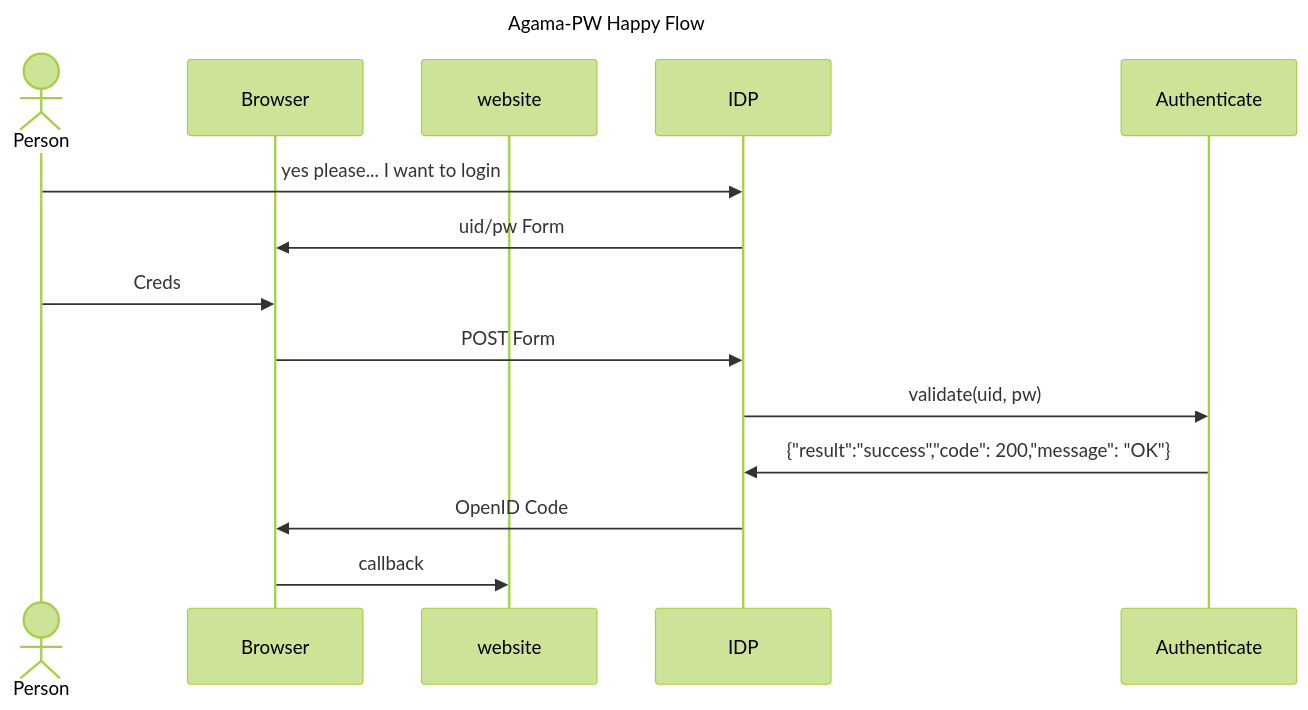
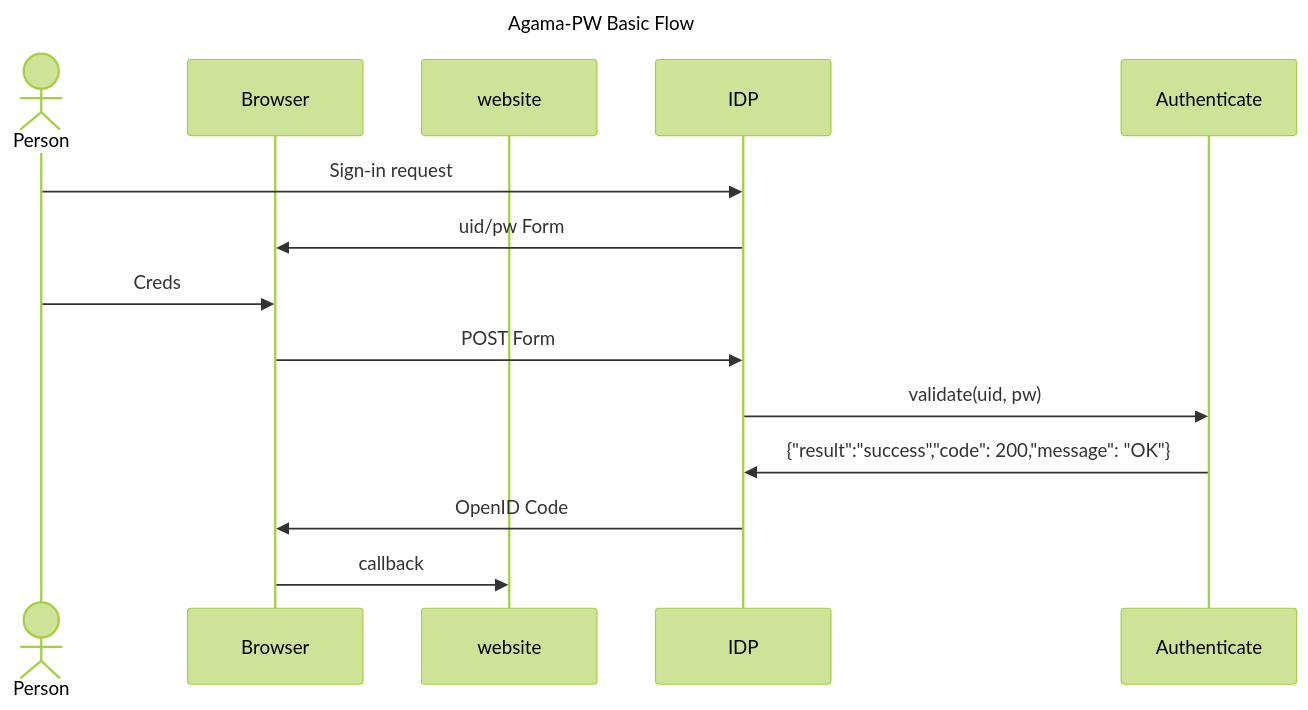
One commit to GluuFederation/agama-pw changed the diagram in README.md. Above: the diagram before and after it, drawn with Mermaid (forest theme). The commit also changed other lines of this file, not shown here.

````diff
--- a/README.md
+++ b/README.md
@@ -91,18 +116,18 @@
 ```mermaid
 sequenceDiagram
-title Agama-PW Happy Flow
+title Agama-PW Basic Flow
 actor Person
 participant Browser
 participant website
 participant IDP
 participant Authenticate
  
-Person->>IDP: yes please... I want to login
+Person->>IDP: Sign-in request
 IDP->>Browser: uid/pw Form
 Person->>Browser: Creds
 Browser->>IDP: POST Form
 IDP->>Authenticate: validate(uid, pw)
 Authenticate->>IDP: {"result":"success","code": 200,"message": "OK"}
 IDP->>Browser: OpenID Code
 Browser->>website: callback
  ```
````
